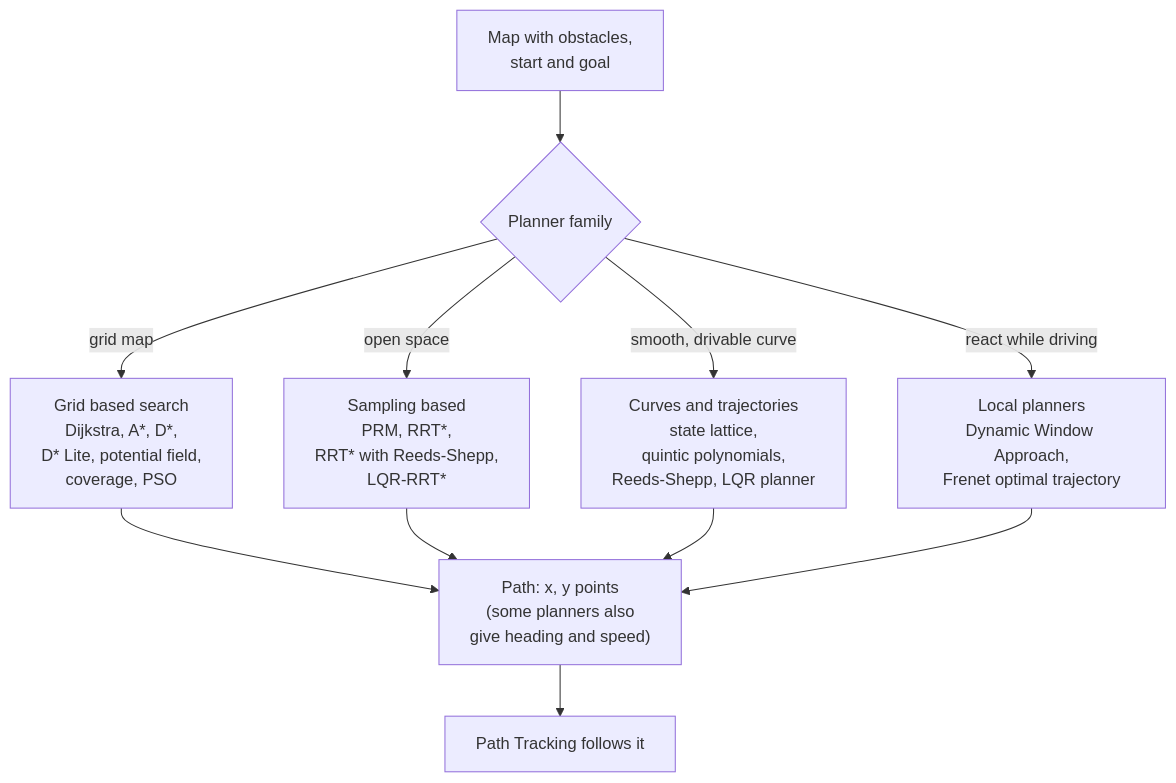
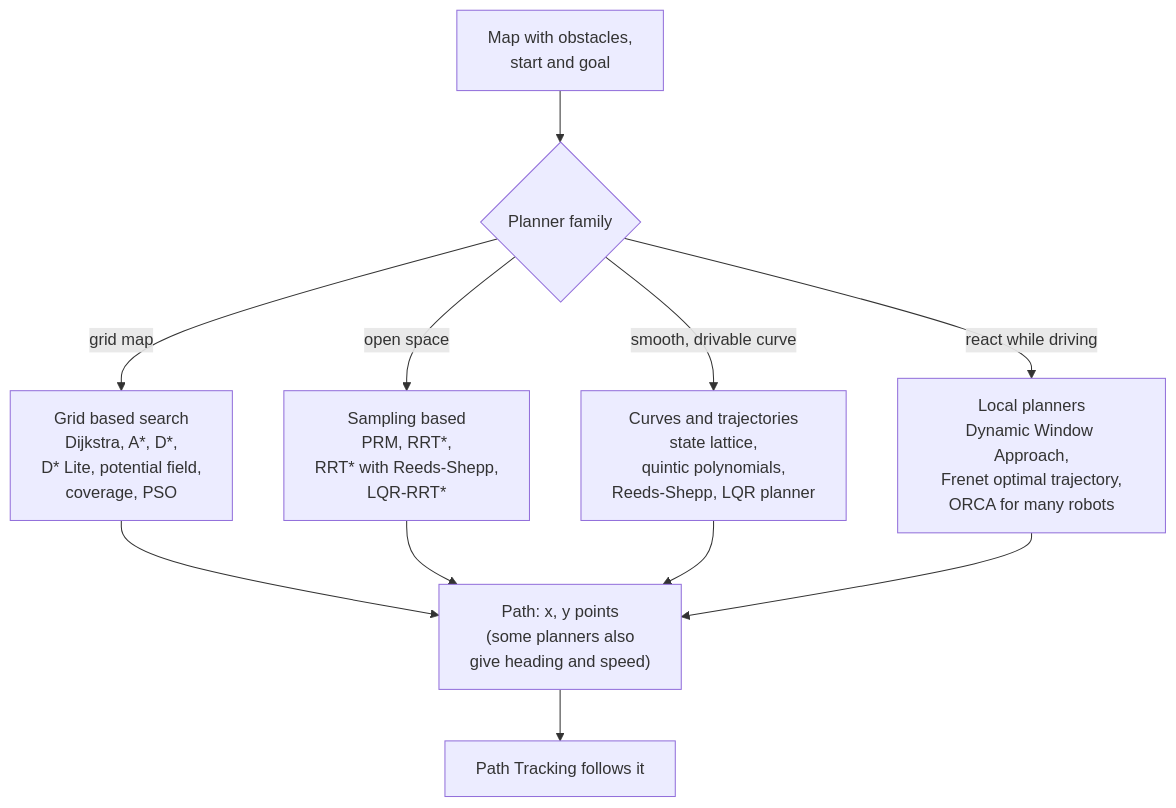
One commit to robofan45/MotionRobocar changed the sixth of 10 diagrams in README.md. Above: the diagram before and after it, drawn with Mermaid. The commit also changed other lines of this file and 8 other files, not shown here.

````diff
--- a/README.md
+++ b/README.md
@@ -425,13 +478,13 @@
 ```mermaid
 flowchart TD
     IN["Map with obstacles,<br/>start and goal"] --> PICK{"Planner family"}
     PICK -->|"grid map"| GRID["Grid based search<br/>Dijkstra, A*, D*,<br/>D* Lite, potential field,<br/>coverage, PSO"]
     PICK -->|"open space"| SAMP["Sampling based<br/>PRM, RRT*,<br/>RRT* with Reeds-Shepp,<br/>LQR-RRT*"]
     PICK -->|"smooth, drivable curve"| CURVE["Curves and trajectories<br/>state lattice,<br/>quintic polynomials,<br/>Reeds-Shepp, LQR planner"]
-    PICK -->|"react while driving"| LOCAL["Local planners<br/>Dynamic Window Approach,<br/>Frenet optimal trajectory"]
+    PICK -->|"react while driving"| LOCAL["Local planners<br/>Dynamic Window Approach,<br/>Frenet optimal trajectory,<br/>ORCA for many robots"]
     GRID --> OUT["Path: x, y points<br/>(some planners also<br/>give heading and speed)"]
     SAMP --> OUT
     CURVE --> OUT
     LOCAL --> OUT
     OUT --> NEXT["Path Tracking follows it"]
 ```
````
